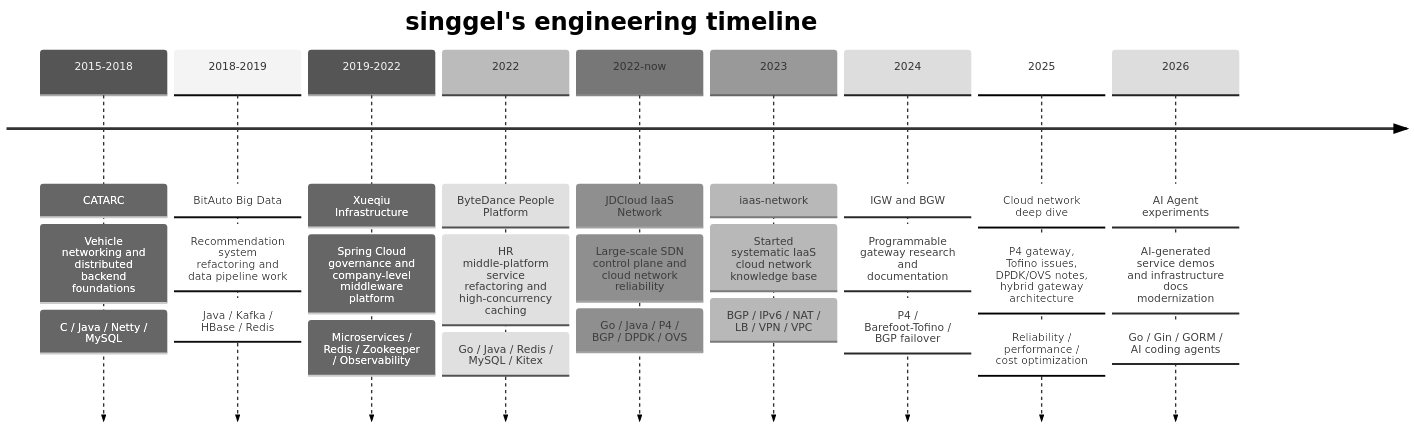
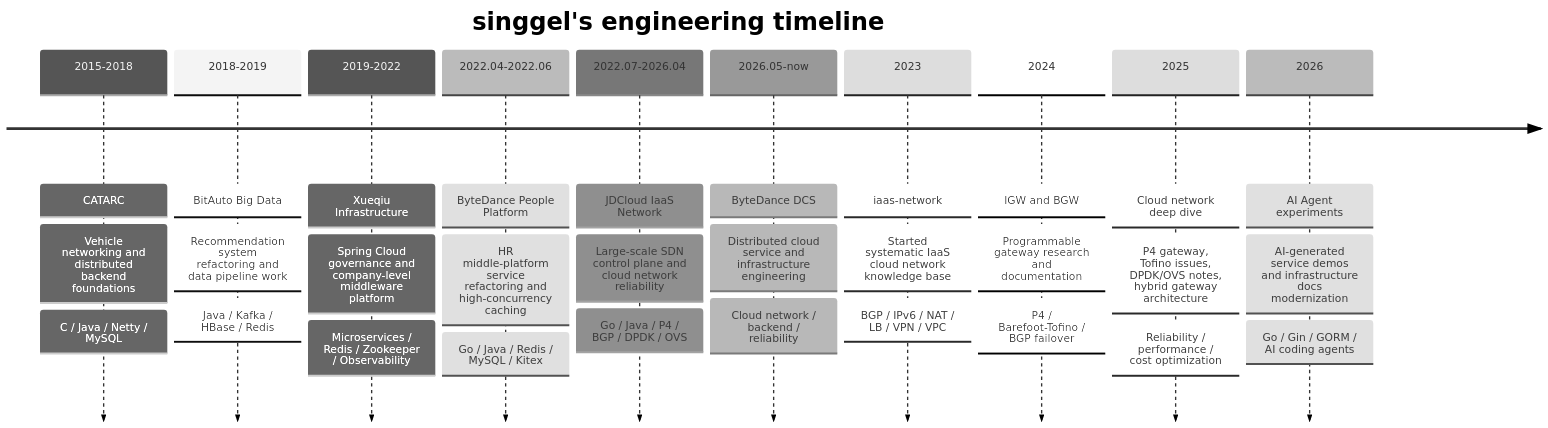
One commit to singgel/singgel changed the diagram in README.md. Above: the diagram before and after it, drawn with Mermaid (neutral theme).

Commit message:
Fix profile career timeline

````diff
--- a/README.md
+++ b/README.md
@@ -22,31 +22,34 @@
 ```mermaid
 timeline
     title singgel's engineering timeline
     2015-2018 : CATARC
               : Vehicle networking and distributed backend foundations
               : C / Java / Netty / MySQL
     2018-2019 : BitAuto Big Data
               : Recommendation system refactoring and data pipeline work
               : Java / Kafka / HBase / Redis
     2019-2022 : Xueqiu Infrastructure
               : Spring Cloud governance and company-level middleware platform
               : Microservices / Redis / Zookeeper / Observability
-    2022      : ByteDance People Platform
-              : HR middle-platform service refactoring and high-concurrency caching
-              : Go / Java / Redis / MySQL / Kitex
-    2022-now  : JDCloud IaaS Network
-              : Large-scale SDN control plane and cloud network reliability
-              : Go / Java / P4 / BGP / DPDK / OVS
+    2022.04-2022.06 : ByteDance People Platform
+                     : HR middle-platform service refactoring and high-concurrency caching
+                     : Go / Java / Redis / MySQL / Kitex
+    2022.07-2026.04 : JDCloud IaaS Network
+                     : Large-scale SDN control plane and cloud network reliability
+                     : Go / Java / P4 / BGP / DPDK / OVS
+    2026.05-now     : ByteDance DCS
+                     : Distributed cloud service and infrastructure engineering
+                     : Cloud network / backend / reliability
     2023      : iaas-network
               : Started systematic IaaS cloud network knowledge base
               : BGP / IPv6 / NAT / LB / VPN / VPC
     2024      : IGW and BGW
               : Programmable gateway research and documentation
               : P4 / Barefoot-Tofino / BGP failover
     2025      : Cloud network deep dive
               : P4 gateway, Tofino issues, DPDK/OVS notes, hybrid gateway architecture
               : Reliability / performance / cost optimization
     2026      : AI Agent experiments
               : AI-generated service demos and infrastructure docs modernization
               : Go / Gin / GORM / AI coding agents
 ```
````
